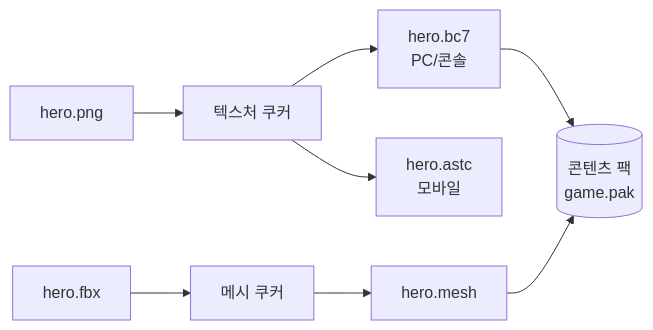
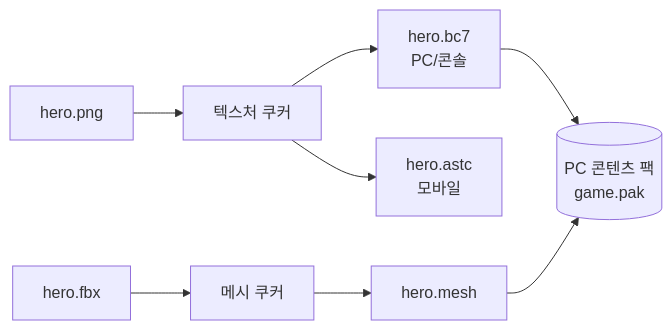
Before and after one commit to Rein-ArXiv/game-dev-curriculum: the fifth of 8 diagrams in tools/part06_build.md, drawn with Mermaid. The commit also changed other lines of this file and 279 other files, not shown here.

````diff
--- a/tools/part06_build.md
+++ b/tools/part06_build.md
@@ -382,10 +404,10 @@
 ```mermaid
 flowchart LR
     PNG[hero.png] --> Cook[텍스처 쿠커]
     Cook --> BC7[hero.bc7<br/>PC/콘솔]
     Cook --> ASTC[hero.astc<br/>모바일]
     FBX[hero.fbx] --> MeshCook[메시 쿠커]
     MeshCook --> Mesh[hero.mesh]
-    BC7 --> Pak[(콘텐츠 팩<br/>game.pak)]
+    BC7 --> Pak[(PC 콘텐츠 팩<br/>game.pak)]
     Mesh --> Pak
 ```
````
